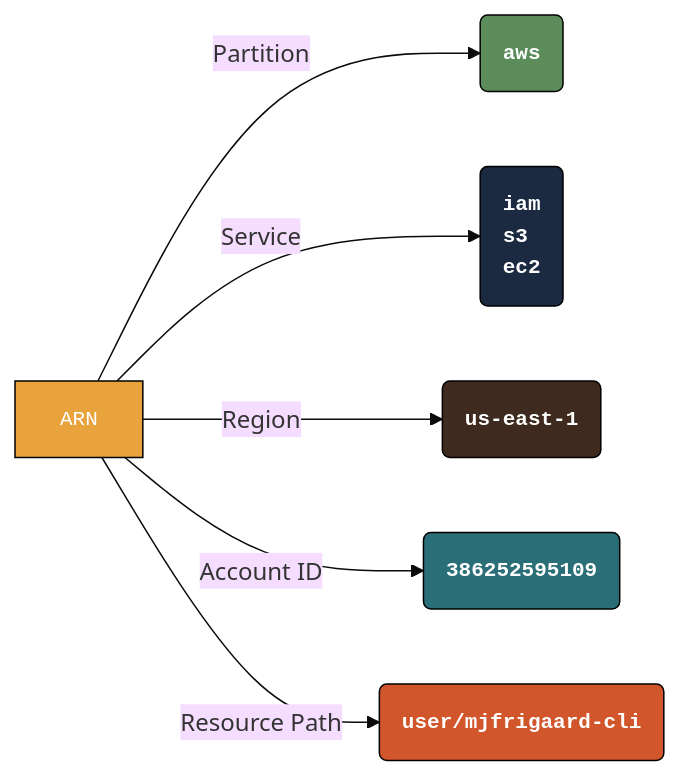
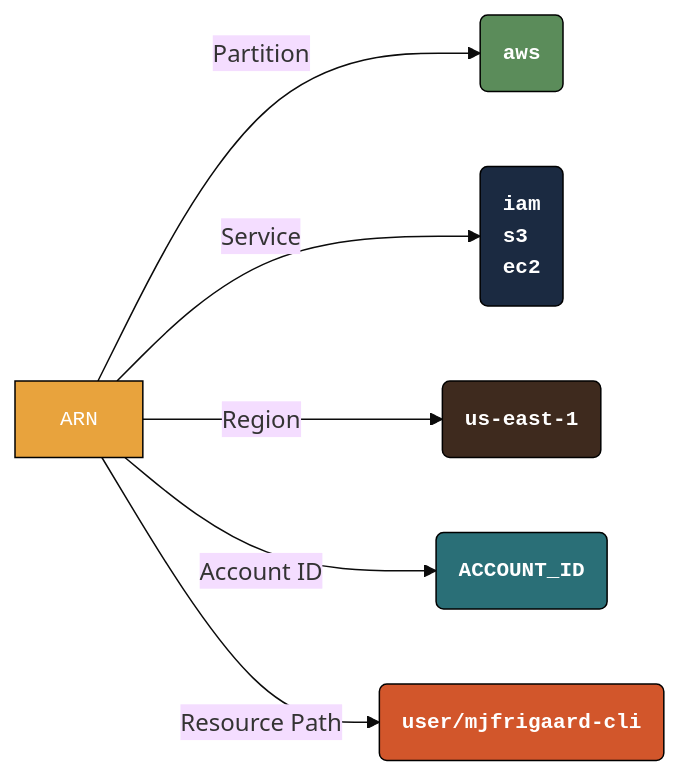
One commit to mjfrigaard/do4ds-labs changed the seventh of 8 diagrams in start-aws.qmd. Above: the diagram before and after it, drawn with Mermaid. The commit also changed other lines of this file and 15 other files, not shown here.

````diff
--- a/start-aws.qmd
+++ b/start-aws.qmd
@@ -466,21 +466,21 @@
 ```{mermaid}
 %%| fig-cap: ‘Amazon Resource Names (ARNs) uniquely identify AWS resources’
 %%| fig-width: 7.0
 %%| fig-align: 'center'
 %%{init: {'theme': 'base', 'look': 'classic', 'themeVariables': {'fontFamily': 'monospace'}}}%%
 
 graph LR
     ARN["ARN"] --"Partition"--> Partition("<strong>aws</strong>")
     ARN --"Service"--> Service("<strong>iam<br>s3<br>ec2")
     ARN --"Region"--> Region("<strong>us-east-1 </strong>")
-    ARN --"Account ID"--> Account("<strong>386252595109</strong>")
+    ARN --"Account ID"--> Account("<strong>ACCOUNT_ID</strong>")
     ARN --"Resource Path"--> Resource("<strong>user/mjfrigaard-cli</strong>")
     
     style ARN fill:#E8A33D,stroke:#000000,stroke-width:1px,font-size:14px,text-align:left,font-family:monospace,color:#ffffff
     style Partition fill:#5B8C5A,stroke:#000000,stroke-width:1px,font-size:14px,text-align:left,font-family:monospace,color:#ffffff
     style Region fill:#3E2A1E,stroke:#000000,stroke-width:1px,font-size:14px,text-align:left,font-family:monospace,color:#ffffff
     style Service fill:#1B2A41,stroke:#000000,stroke-width:1px,font-size:14px,text-align:left,font-family:monospace,color:#ffffff
     style Account fill:#2A6F77,stroke:#000000,stroke-width:1px,font-size:14px,text-align:left,font-family:monospace,color:#ffffff
     style Resource fill:#D2562B,stroke:#000000,stroke-width:1px,font-size:14px,text-align:left,font-family:monospace,color:#ffffff
     
 ```
````
